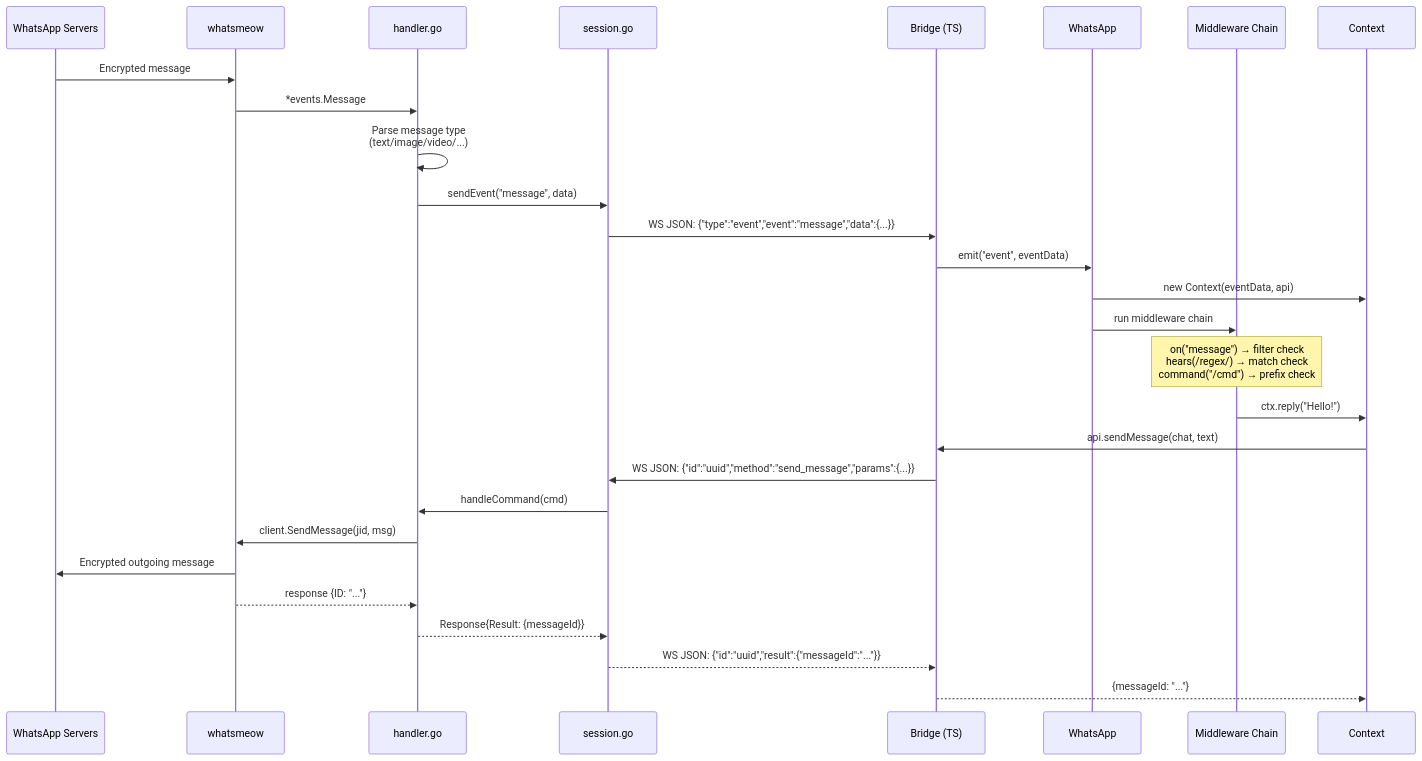
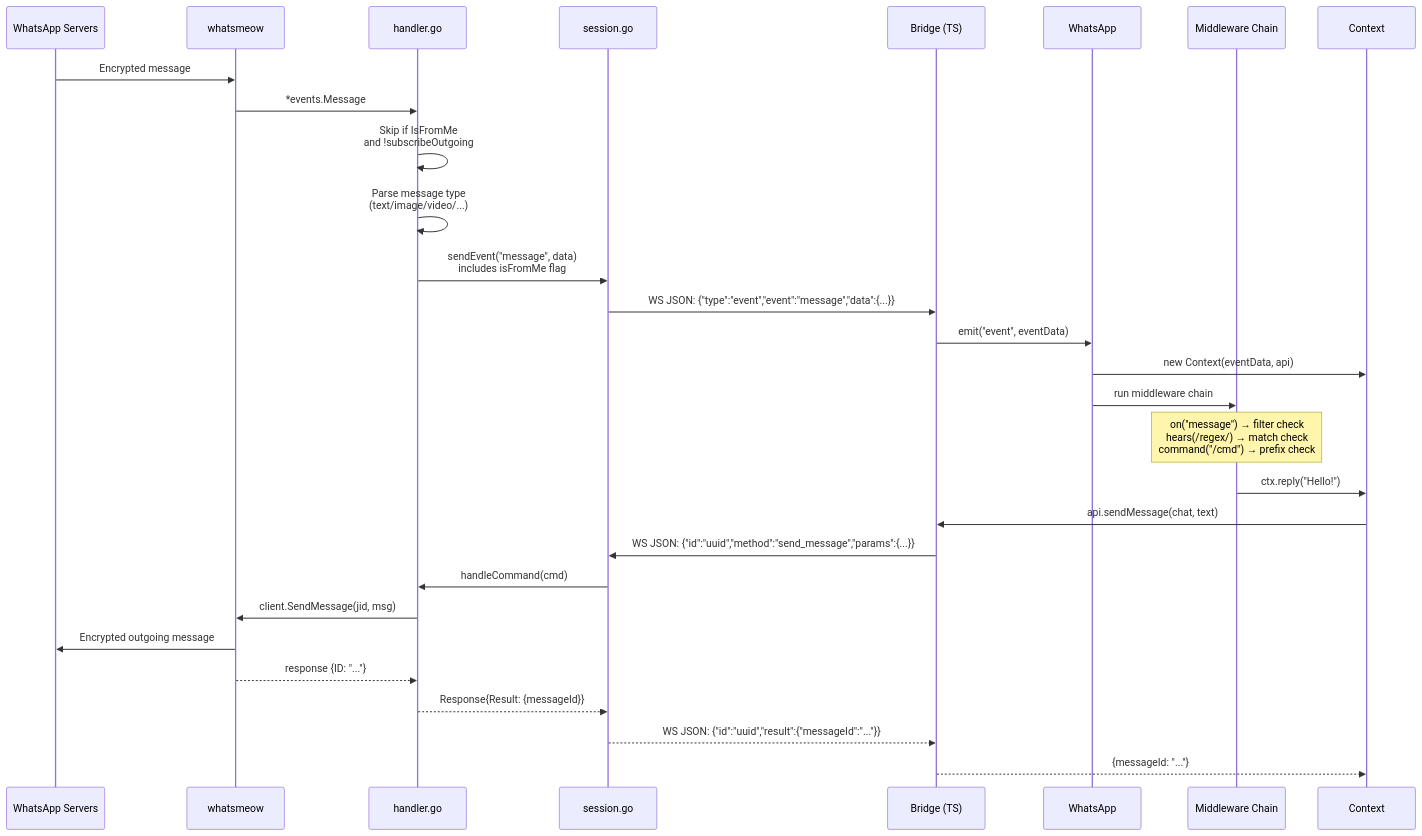
Before and after one commit to ArnabXD/whatspurr: the third of 6 diagrams in ARCHITECTURE.md, drawn with Mermaid. The commit also changed other lines of this file and 7 other files, not shown here.

First line of the commit message:
feat: add configurable outgoing message tracking

````diff
--- a/ARCHITECTURE.md
+++ b/ARCHITECTURE.md
@@ -88,33 +88,34 @@
 ```mermaid
 sequenceDiagram
     participant WS as WhatsApp Servers
     participant WM as whatsmeow
     participant Handler as handler.go
     participant Session as session.go
     participant Bridge as Bridge (TS)
     participant WA as WhatsApp
     participant MW as Middleware Chain
     participant Ctx as Context
 
     WS->>WM: Encrypted message
     WM->>Handler: *events.Message
+    Handler->>Handler: Skip if IsFromMe<br>and !subscribeOutgoing
     Handler->>Handler: Parse message type<br>(text/image/video/...)
-    Handler->>Session: sendEvent("message", data)
+    Handler->>Session: sendEvent("message", data)<br>includes isFromMe flag
     Session->>Bridge: WS JSON: {"type":"event","event":"message","data":{...}}
     Bridge->>WA: emit("event", eventData)
     WA->>Ctx: new Context(eventData, api)
     WA->>MW: run middleware chain
 
     Note over MW: on("message") → filter check<br>hears(/regex/) → match check<br>command("/cmd") → prefix check
 
     MW->>Ctx: ctx.reply("Hello!")
     Ctx->>Bridge: api.sendMessage(chat, text)
     Bridge->>Session: WS JSON: {"id":"uuid","method":"send_message","params":{...}}
     Session->>Handler: handleCommand(cmd)
     Handler->>WM: client.SendMessage(jid, msg)
     WM->>WS: Encrypted outgoing message
     WM-->>Handler: response {ID: "..."}
     Handler-->>Session: Response{Result: {messageId}}
     Session-->>Bridge: WS JSON: {"id":"uuid","result":{"messageId":"..."}}
     Bridge-->>Ctx: {messageId: "..."}
 ```
````
